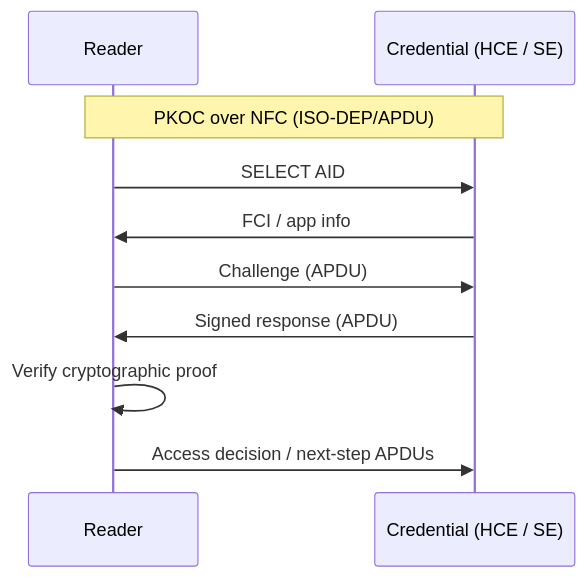
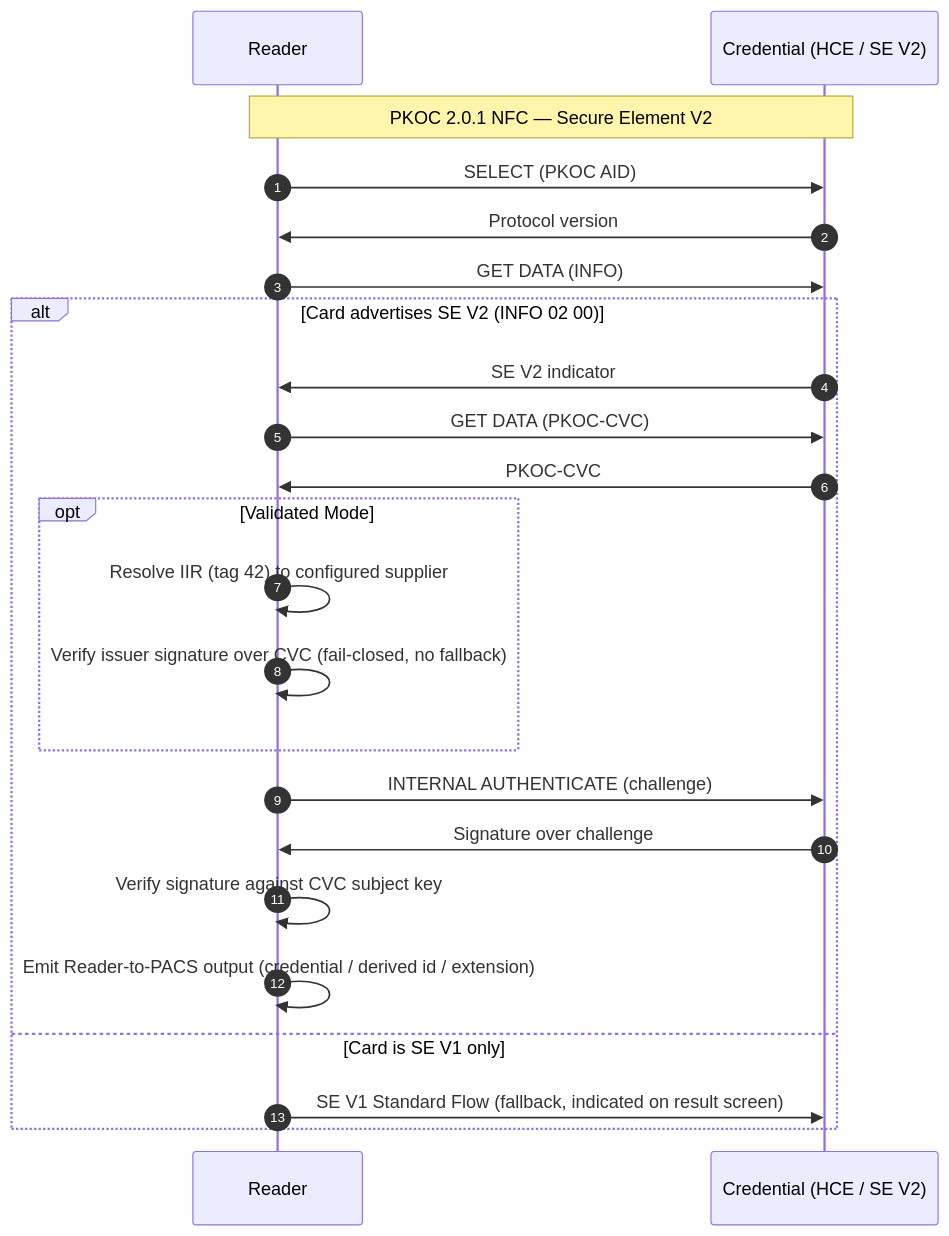
The third of 3 diagrams in README.md (psialliance-org/com-psia-pkoc), drawn with Mermaid before and after one commit. The commit also changed other lines of this file, not shown here.

Commit message:
Update README for BLE and NFC SE V2 flows

````diff
--- a/README.md
+++ b/README.md
@@ -171,12 +167,27 @@
 ```mermaid
 sequenceDiagram
+    autonumber
     participant R as Reader
-    participant C as Credential (HCE / SE)
-    Note over R,C: PKOC over NFC (ISO-DEP/APDU)
-    R->>C: SELECT AID
-    C->>R: FCI / app info
-    R->>C: Challenge (APDU)
-    C->>R: Signed response (APDU)
-    R->>R: Verify cryptographic proof
-    R->>C: Access decision / next-step APDUs
+    participant C as Credential (HCE / SE V2)
+
+    Note over R,C: PKOC 2.0.1 NFC — Secure Element V2
+
+    R->>C: SELECT (PKOC AID)
+    C->>R: Protocol version
+    R->>C: GET DATA (INFO)
+    alt Card advertises SE V2 (INFO 02 00)
+        C->>R: SE V2 indicator
+        R->>C: GET DATA (PKOC-CVC)
+        C->>R: PKOC-CVC
+        opt Validated Mode
+            R->>R: Resolve IIR (tag 42) to configured supplier
+            R->>R: Verify issuer signature over CVC (fail-closed, no fallback)
+        end
+        R->>C: INTERNAL AUTHENTICATE (challenge)
+        C->>R: Signature over challenge
+        R->>R: Verify signature against CVC subject key
+        R->>R: Emit Reader-to-PACS output (credential / derived id / extension)
+    else Card is SE V1 only
+        R->>C: SE V1 Standard Flow (fallback, indicated on result screen)
+    end
 ```
````
